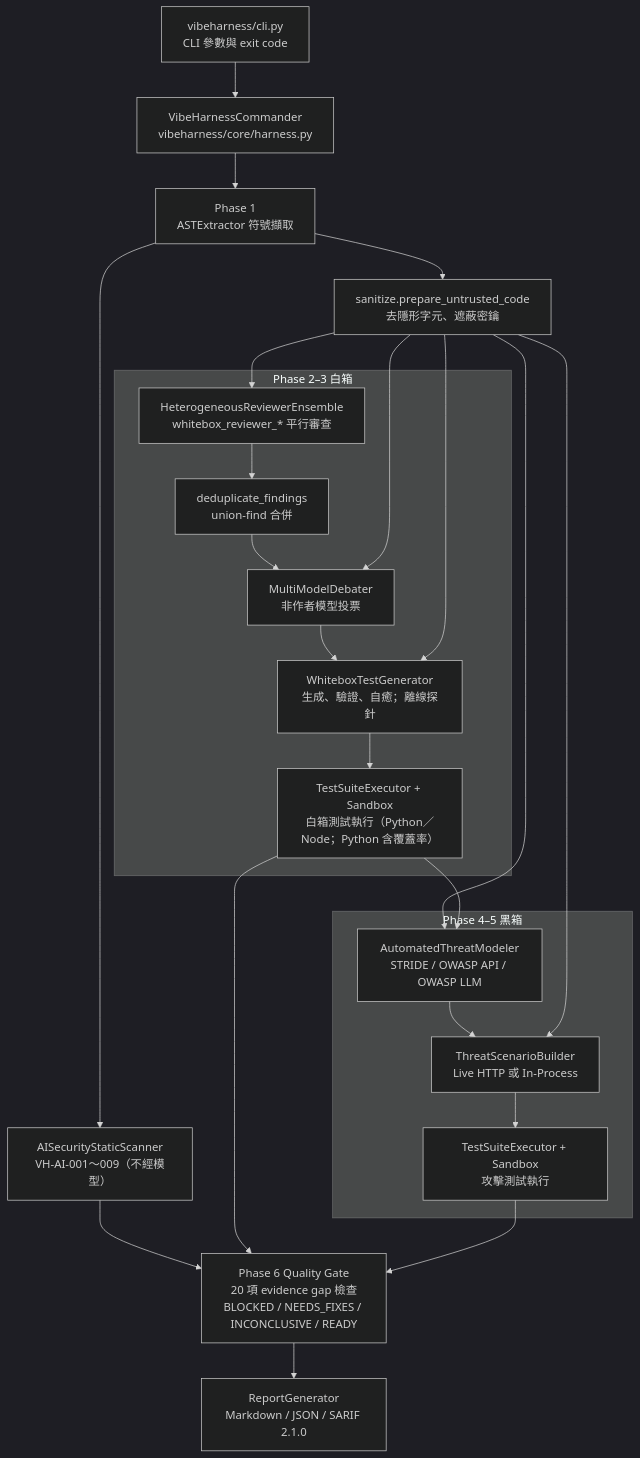
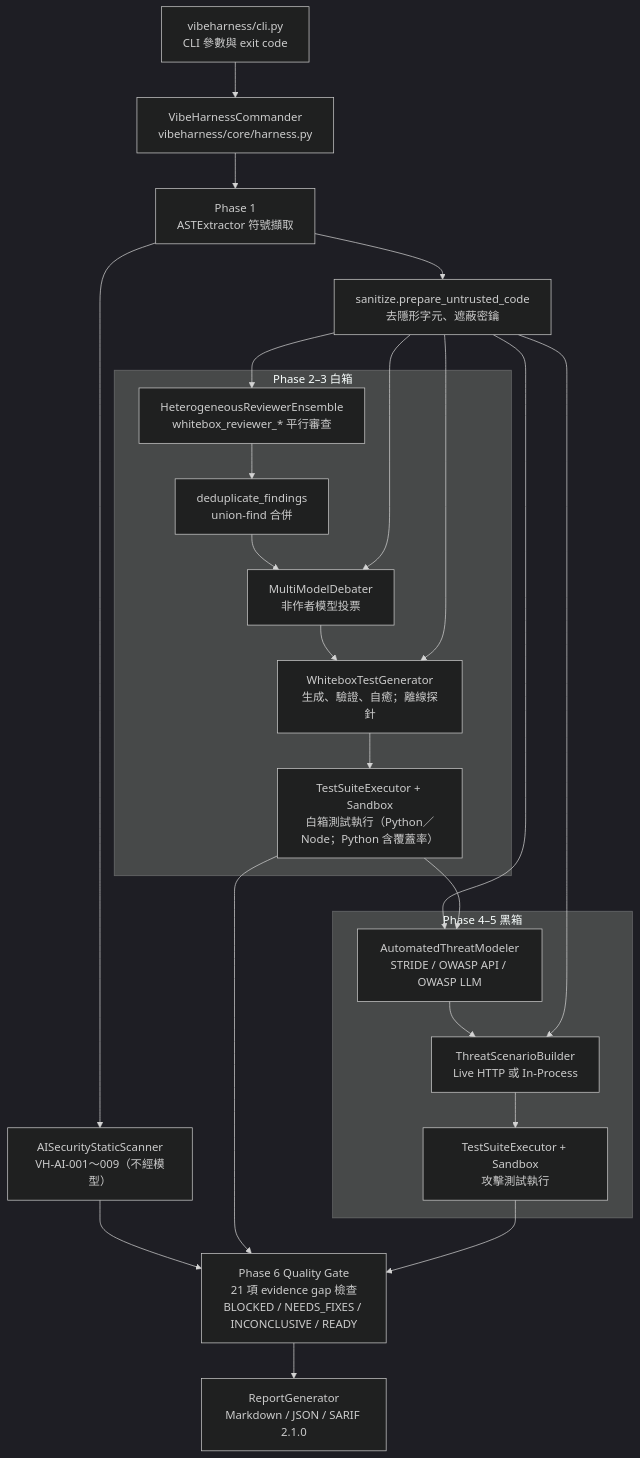
One commit to chinchiang/MultiAgentGama changed the first of 3 diagrams in docs/design.md. Above: the diagram before and after it, drawn with Mermaid (dark theme). The commit also changed other lines of this file and 17 other files, not shown here.

````diff
--- a/docs/design.md
+++ b/docs/design.md
@@ -43,34 +43,34 @@
 ```mermaid
 flowchart TD
     CLI["vibeharness/cli.py<br/>CLI 參數與 exit code"] --> CMD["VibeHarnessCommander<br/>vibeharness/core/harness.py"]
     CMD --> P1["Phase 1<br/>ASTExtractor 符號擷取"]
     P1 --> SAST["AISecurityStaticScanner<br/>VH-AI-001～009（不經模型）"]
     P1 --> SAN["sanitize.prepare_untrusted_code<br/>去隱形字元、遮蔽密鑰"]
 
     subgraph WB ["Phase 2–3 白箱"]
         REV["HeterogeneousReviewerEnsemble<br/>whitebox_reviewer_* 平行審查"]
         DEDUP["deduplicate_findings<br/>union-find 合併"]
         DEB["MultiModelDebater<br/>非作者模型投票"]
         GEN["WhiteboxTestGenerator<br/>生成、驗證、自癒；離線探針"]
         EXE1["TestSuiteExecutor + Sandbox<br/>白箱測試執行（Python／Node；Python 含覆蓋率）"]
         REV --> DEDUP --> DEB --> GEN --> EXE1
     end
 
     subgraph BB ["Phase 4–5 黑箱"]
         TM["AutomatedThreatModeler<br/>STRIDE / OWASP API / OWASP LLM"]
         ATK["ThreatScenarioBuilder<br/>Live HTTP 或 In-Process"]
         EXE2["TestSuiteExecutor + Sandbox<br/>攻擊測試執行"]
         TM --> ATK --> EXE2
     end
 
     SAN --> REV
     SAN --> DEB
     SAN --> GEN
     SAN --> TM
     SAN --> ATK
     EXE1 --> TM
     SAST --> GATE
     EXE1 --> GATE
-    EXE2 --> GATE["Phase 6 Quality Gate<br/>20 項 evidence gap 檢查<br/>BLOCKED / NEEDS_FIXES / INCONCLUSIVE / READY"]
+    EXE2 --> GATE["Phase 6 Quality Gate<br/>21 項 evidence gap 檢查<br/>BLOCKED / NEEDS_FIXES / INCONCLUSIVE / READY"]
     GATE --> OUT["ReportGenerator<br/>Markdown / JSON / SARIF 2.1.0"]
 ```
````
